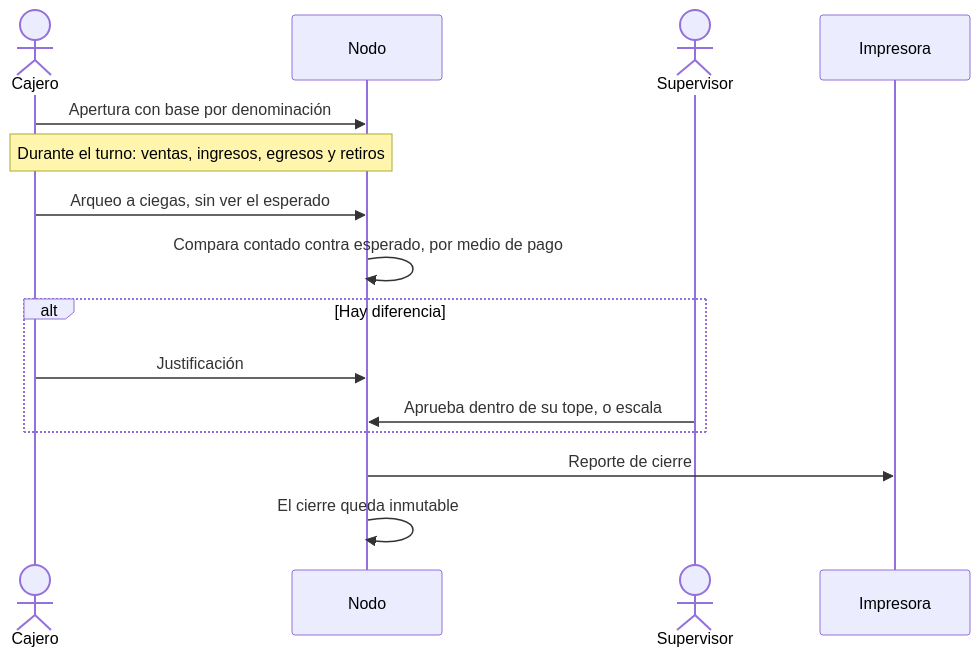
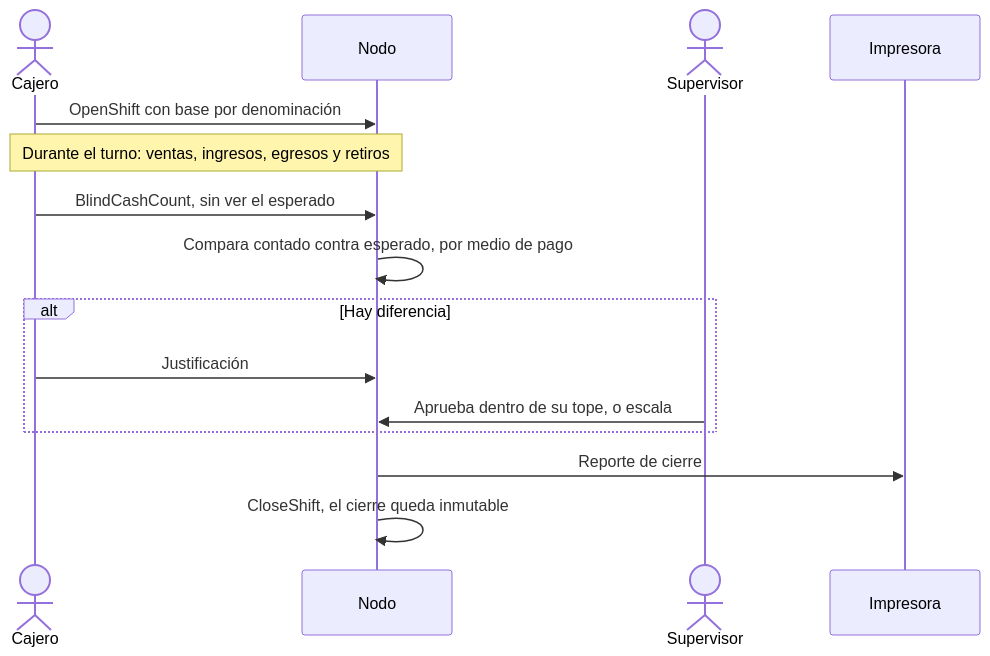
Before and after one commit to CesarJOtizM/blackHole: the second of 5 diagrams in docs/flujos/m2-caja.md, drawn with Mermaid. The commit also changed other lines of this file and 159 other files, not shown here.

````diff
--- a/docs/flujos/m2-caja.md
+++ b/docs/flujos/m2-caja.md
@@ -41,18 +45,18 @@
 ```mermaid
 sequenceDiagram
   actor Cajero
   participant Nodo
   actor Supervisor
   participant Imp as Impresora
 
-  Cajero->>Nodo: Apertura con base por denominación
+  Cajero->>Nodo: OpenShift con base por denominación
   Note over Cajero,Nodo: Durante el turno: ventas, ingresos, egresos y retiros
-  Cajero->>Nodo: Arqueo a ciegas, sin ver el esperado
+  Cajero->>Nodo: BlindCashCount, sin ver el esperado
   Nodo->>Nodo: Compara contado contra esperado, por medio de pago
   alt Hay diferencia
     Cajero->>Nodo: Justificación
     Supervisor->>Nodo: Aprueba dentro de su tope, o escala
   end
   Nodo->>Imp: Reporte de cierre
-  Nodo->>Nodo: El cierre queda inmutable
+  Nodo->>Nodo: CloseShift, el cierre queda inmutable
 ```
````
